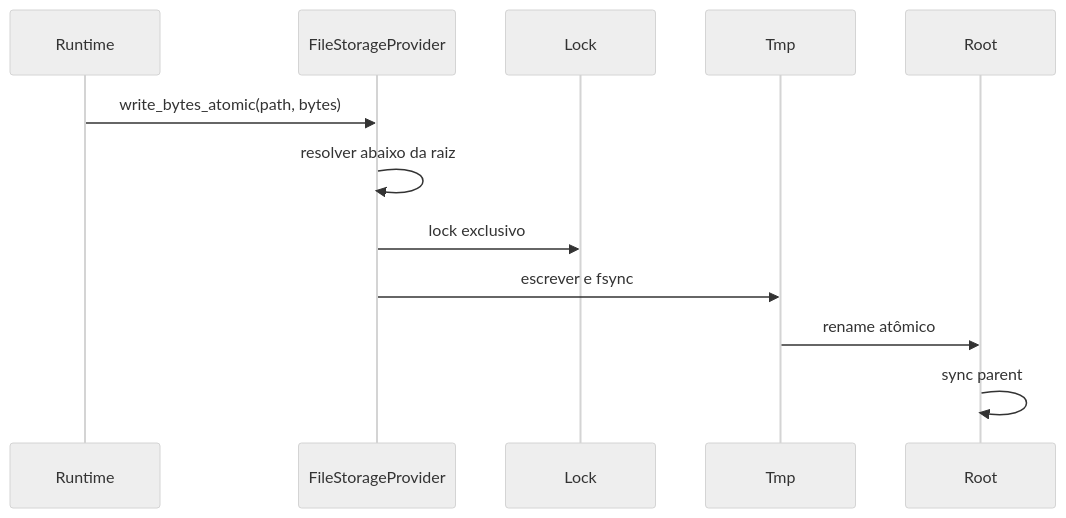
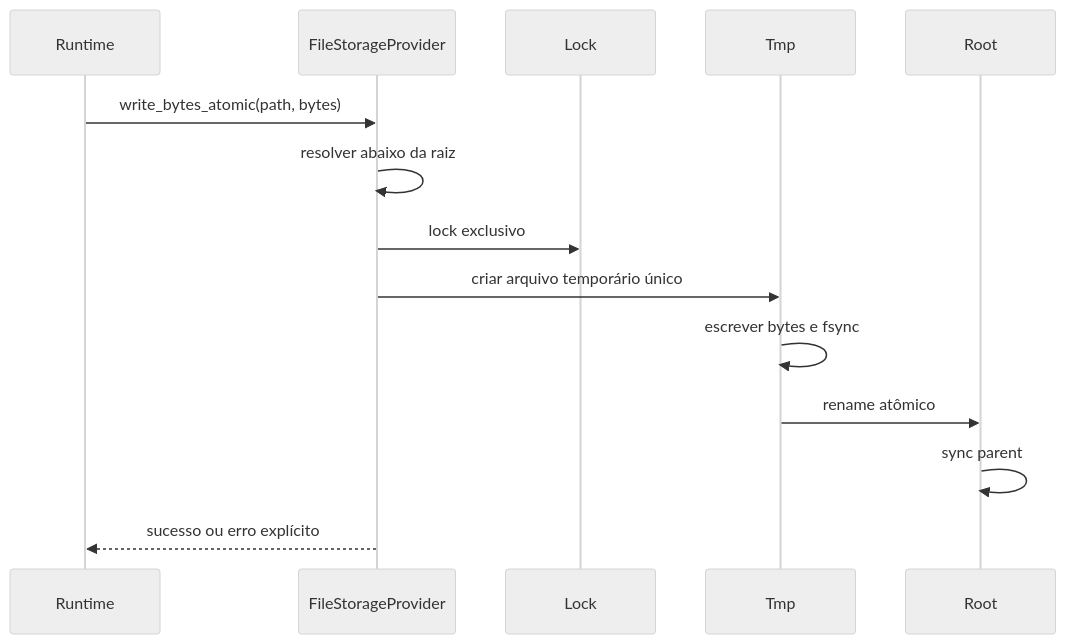
One commit to dnettoRaw/appcore-wiki changed the first of 3 diagrams in i18n/pt/docusaurus-plugin-content-docs/current/architecture/storage.md. Above: the diagram before and after it, drawn with Mermaid (neutral theme). The commit also changed other lines of this file and 16 other files, not shown here.

````diff
--- a/i18n/pt/docusaurus-plugin-content-docs/current/architecture/storage.md
+++ b/i18n/pt/docusaurus-plugin-content-docs/current/architecture/storage.md
@@ -26,14 +26,16 @@
 ```mermaid
 sequenceDiagram
     participant Runtime
     participant Provider as FileStorageProvider
     participant Lock
     participant Tmp
     participant Root
     Runtime->>Provider: write_bytes_atomic(path, bytes)
     Provider->>Provider: resolver abaixo da raiz
     Provider->>Lock: lock exclusivo
-    Provider->>Tmp: escrever e fsync
+    Provider->>Tmp: criar arquivo temporário único
+    Tmp->>Tmp: escrever bytes e fsync
     Tmp->>Root: rename atômico
     Root->>Root: sync parent
+    Provider-->>Runtime: sucesso ou erro explícito
 ```
````
